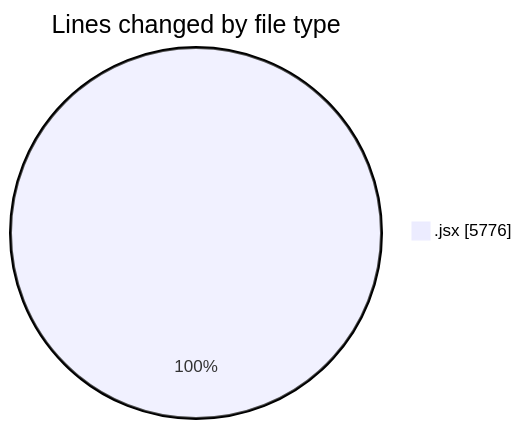
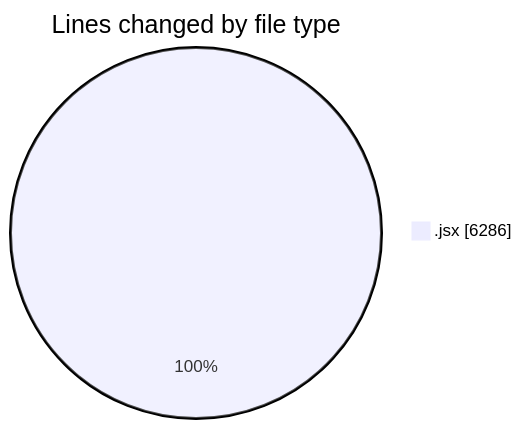
Before and after one commit to nxtqubesakshisongat/code-tracking: the first of 2 diagrams in 2025-05-05/nxtqube_webapp/README.md, drawn with Mermaid. The commit also changed other lines of this file and 1 other file, not shown here.

````diff
--- a/2025-05-05/nxtqube_webapp/README.md
+++ b/2025-05-05/nxtqube_webapp/README.md
@@ -23,5 +24,5 @@
 ```mermaid
 pie showData
 title Lines changed by file type
-".jsx" : 5776
+".jsx" : 6286
 ```
````
